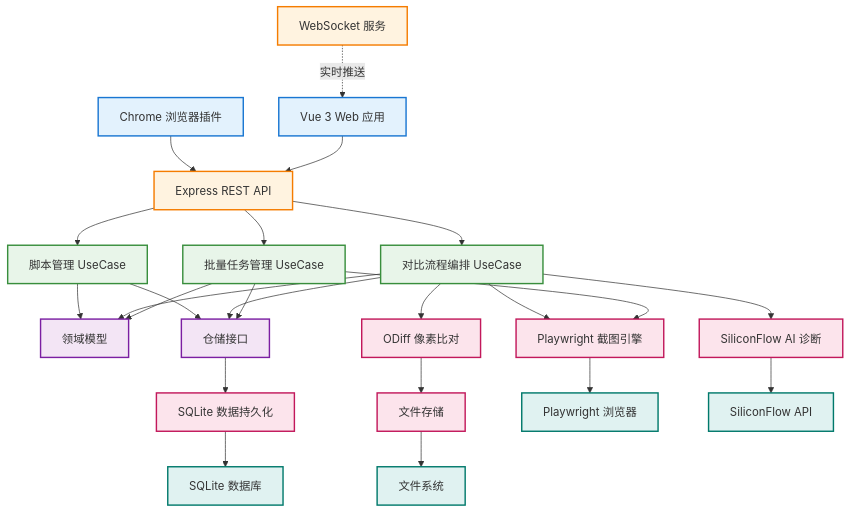
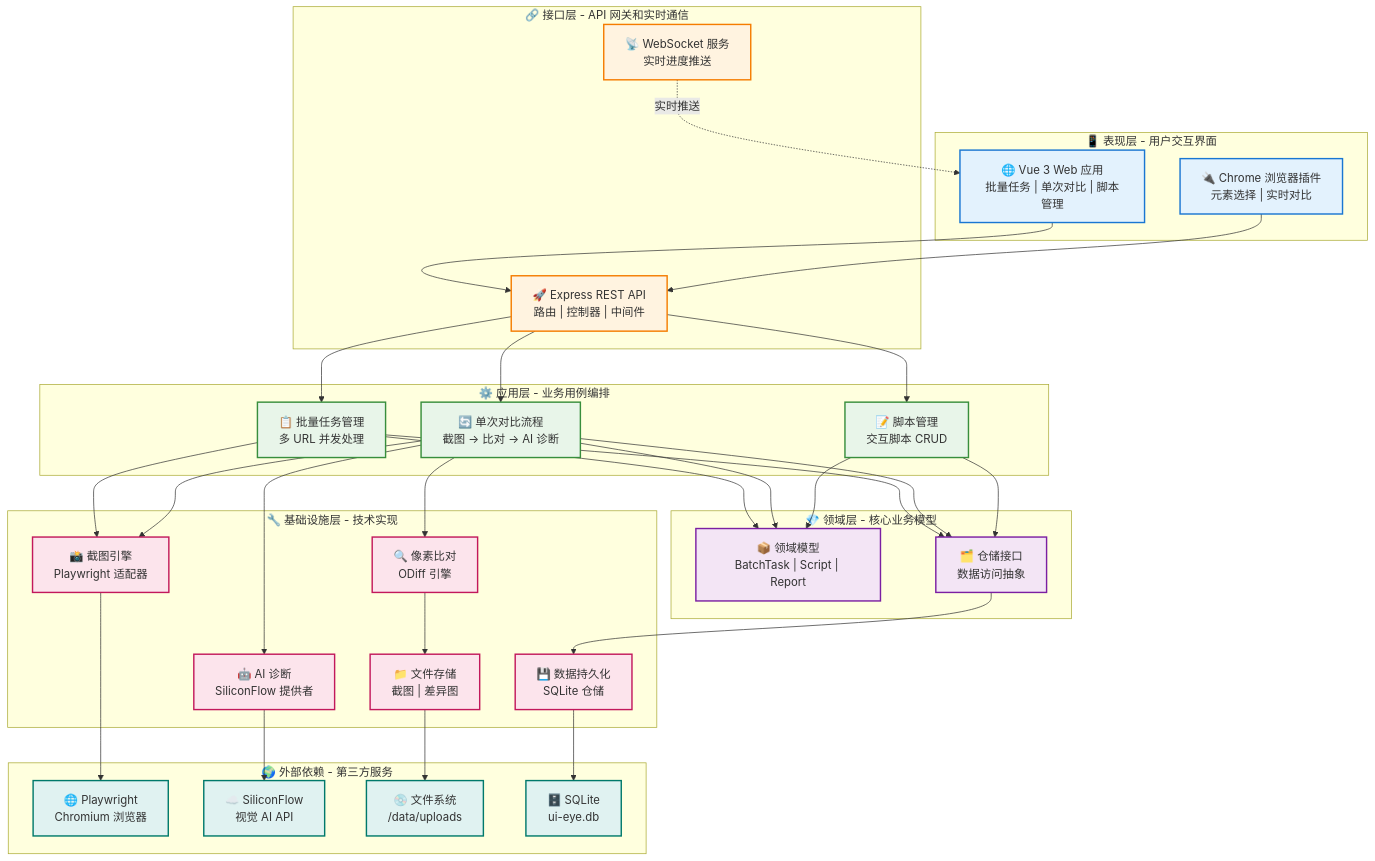
One commit to liyongshun1018/UI-Eye changed the first of 4 diagrams in docs/项目架构文档.md. Above: the diagram before and after it, drawn with Mermaid.

Commit message:
feat: 增强系统架构图，添加层级描述、合并接口层、展示具体功能和图标

````diff
--- a/docs/项目架构文档.md
+++ b/docs/项目架构文档.md
@@ -11,39 +11,50 @@
 ```mermaid
 graph TD
-    %% 第一层：表现层
-    Web["Vue 3 Web 应用"]
-    Plugin["Chrome 浏览器插件"]
+    %% 第一层：表现层 - 用户交互界面
+    subgraph L1["📱 表现层 - 用户交互界面"]
+        Web["🌐 Vue 3 Web 应用<br/>批量任务 | 单次对比 | 脚本管理"]
+        Plugin["🔌 Chrome 浏览器插件<br/>元素选择 | 实时对比"]
+    end
     
-    %% 第二层：接口层
-    API["Express REST API"]
-    WS["WebSocket 服务"]
+    %% 第二层：接口层 - API 网关和实时通信
+    subgraph L2["🔗 接口层 - API 网关和实时通信"]
+        API["🚀 Express REST API<br/>路由 | 控制器 | 中间件"]
+        WS["📡 WebSocket 服务<br/>实时进度推送"]
+    end
     
-    %% 第三层：应用层
-    UC1["批量任务管理 UseCase"]
-    UC2["对比流程编排 UseCase"]
-    UC3["脚本管理 UseCase"]
+    %% 第三层：应用层 - 业务用例编排
+    subgraph L3["⚙️ 应用层 - 业务用例编排"]
+        UC1["📋 批量任务管理<br/>多 URL 并发处理"]
+        UC2["🔄 单次对比流程<br/>截图 → 比对 → AI 诊断"]
+        UC3["📝 脚本管理<br/>交互脚本 CRUD"]
+    end
     
-    %% 第四层：领域层
-    Model["领域模型"]
-    Repo["仓储接口"]
+    %% 第四层：领域层 - 核心业务模型
+    subgraph L4["💎 领域层 - 核心业务模型"]
+        Model["📦 领域模型<br/>BatchTask | Script | Report"]
+        Repo["🗂️ 仓储接口<br/>数据访问抽象"]
+    end
     
-    %% 第五层：基础设施层
-    Capture["Playwright 截图引擎"]
-    Compare["ODiff 像素比对"]
-    AI["SiliconFlow AI 诊断"]
-    DB["SQLite 数据持久化"]
-    Storage["文件存储"]
+    %% 第五层：基础设施层 - 技术实现
+    subgraph L5["🔧 基础设施层 - 技术实现"]
+        Capture["📸 截图引擎<br/>Playwright 适配器"]
+        Compare["🔍 像素比对<br/>ODiff 引擎"]
+        AI["🤖 AI 诊断<br/>SiliconFlow 提供者"]
+        DB["💾 数据持久化<br/>SQLite 仓储"]
+        Storage["📁 文件存储<br/>截图 | 差异图"]
+    end
     
-    %% 第六层：外部依赖
-    Browser["Playwright 浏览器"]
-    AIService["SiliconFlow API"]
-    FileSystem["文件系统"]
-    Database["SQLite 数据库"]
+    %% 第六层：外部依赖 - 第三方服务
+    subgraph L6["🌍 外部依赖 - 第三方服务"]
+        Browser["🌐 Playwright<br/>Chromium 浏览器"]
+        AIService["☁️ SiliconFlow<br/>视觉 AI API"]
+        FileSystem["💿 文件系统<br/>/data/uploads"]
+        Database["🗄️ SQLite<br/>ui-eye.db"]
+    end
     
     %% 层级关系
     Web --> API
     Plugin --> API
-    
     API --> UC1
     API --> UC2
     API --> UC3
````
